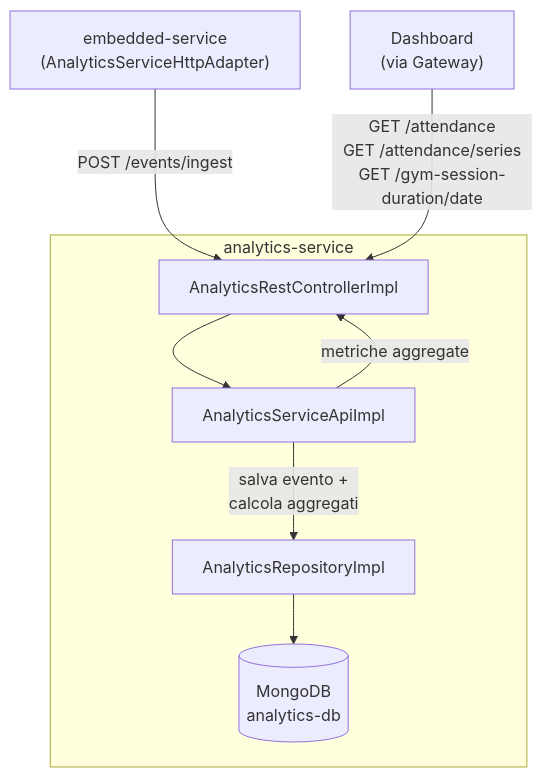
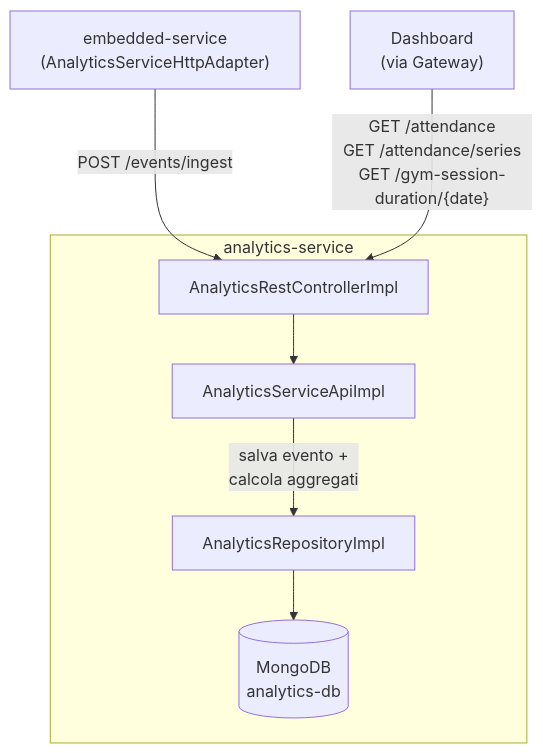
Before and after one commit to piertv21/SmartGym-Monitor: the eighth of 10 diagrams in docs/report/Implementation.md, drawn with Mermaid. The commit also changed other lines of this file and 2 other files, not shown here.

````diff
--- a/docs/report/Implementation.md
+++ b/docs/report/Implementation.md
@@ -228,13 +234,15 @@
 ```mermaid
 flowchart TD
-    EMB["embedded-service\n(AnalyticsServiceHttpAdapter)"] -->|"POST /events/ingest"| CTRL["AnalyticsRestControllerImpl"]
+    EMB["embedded-service\n(AnalyticsServiceHttpAdapter)"]
+    DASH["Dashboard\n(via Gateway)"]
 
     subgraph analytics-service
+        CTRL["AnalyticsRestControllerImpl"]
         CTRL --> API["AnalyticsServiceApiImpl"]
         API -->|"salva evento +\ncalcola aggregati"| REPO["AnalyticsRepositoryImpl"]
         REPO --> DB[(MongoDB\nanalytics-db)]
     end
 
-    DASH["Dashboard\n(via Gateway)"] -->|"GET /attendance\nGET /attendance/series\nGET /gym-session-duration/date"| CTRL
-    API -->|"metriche aggregate"| CTRL
+    EMB -->|"POST /events/ingest"| CTRL
+    DASH -->|"GET /attendance\nGET /attendance/series\nGET /gym-session-duration/{date}"| CTRL
 ```
````
